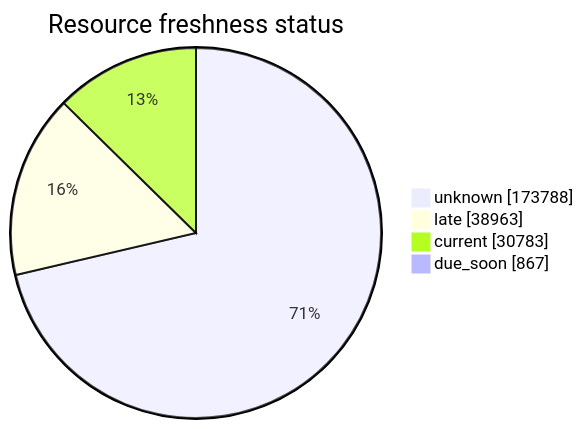
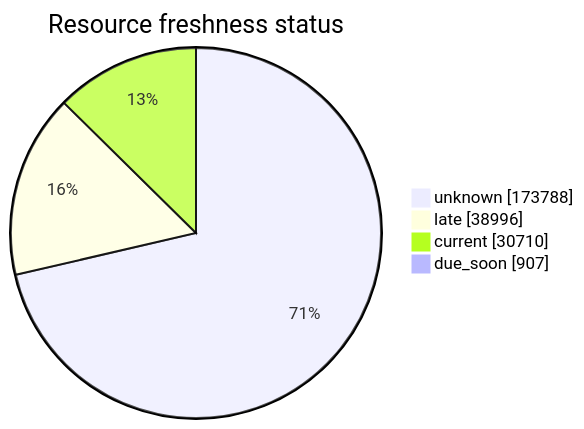
The third of 5 diagrams in FreshCheck/README.md (open-data/analytics-corporate-reporting), drawn with Mermaid before and after one commit. The commit also changed other lines of this file and 3 other files, not shown here.

````diff
--- a/FreshCheck/README.md
+++ b/FreshCheck/README.md
@@ -77,7 +77,7 @@
 ```mermaid
 pie showData title Resource freshness status
     "unknown": 173788
-    "late": 38963
-    "current": 30783
-    "due_soon": 867
+    "late": 38996
+    "current": 30710
+    "due_soon": 907
 ```
````
